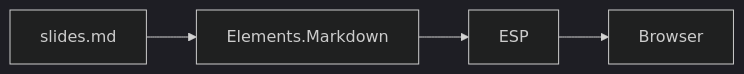
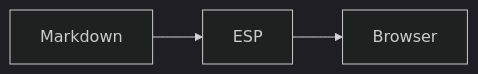
The diagram in Site/App_Data/slides.md (remobjects/Slides), drawn with Mermaid (dark theme) before and after one commit. The commit also changed other lines of this file and 1 other file, not shown here.

Commit message:
Dummy slides with a concise ESP Slides demo and update README examples

````diff
--- a/Site/App_Data/slides.md
+++ b/Site/App_Data/slides.md
@@ -30,6 +38,4 @@
 ```mermaid
 flowchart LR
-  Deck["slides.md"] --> Render["Elements.Markdown"]
-  Render --> Serve["ESP"]
-  Serve --> Browser["Browser"]
+  Markdown --> ESP --> Browser
 ```
````
